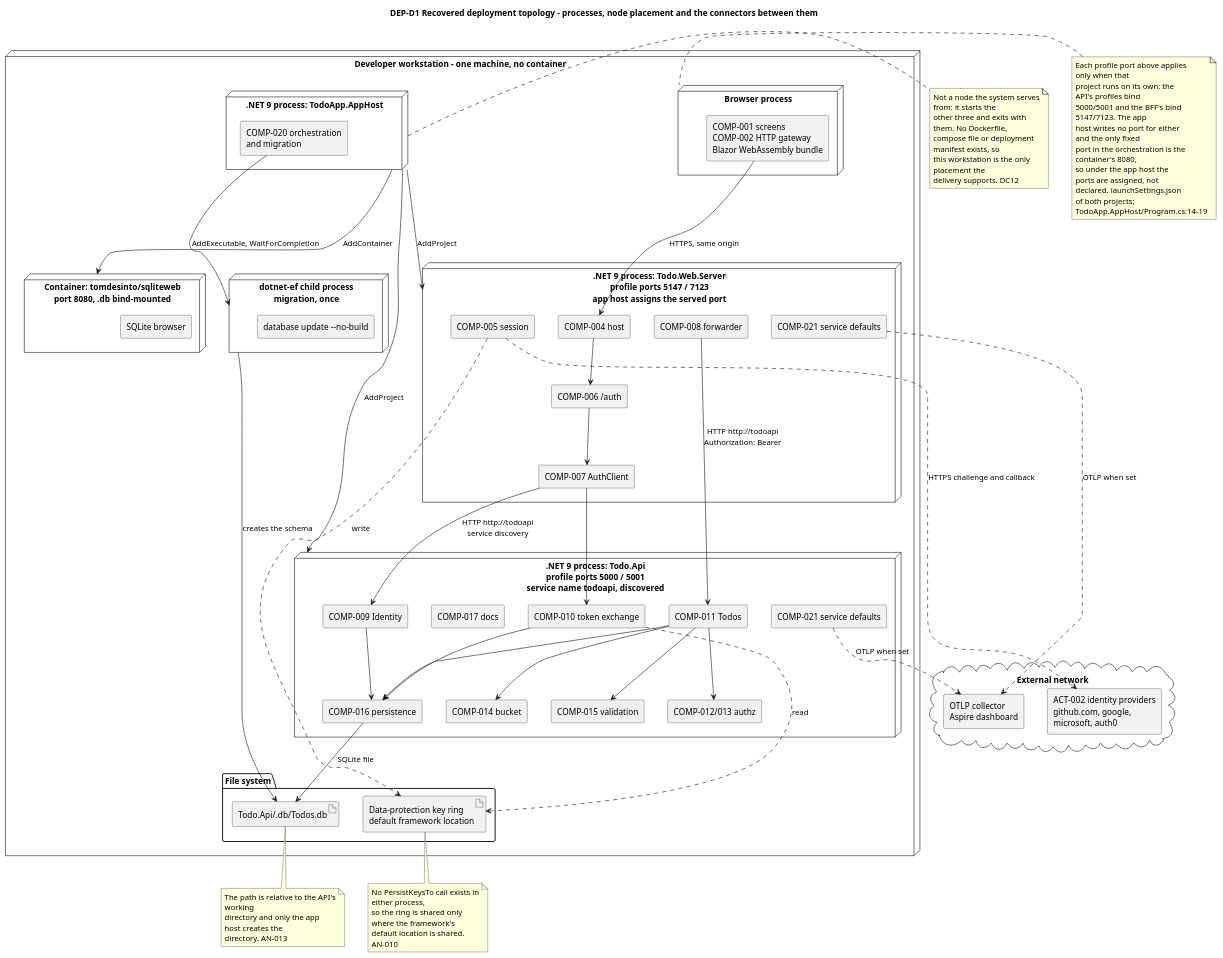
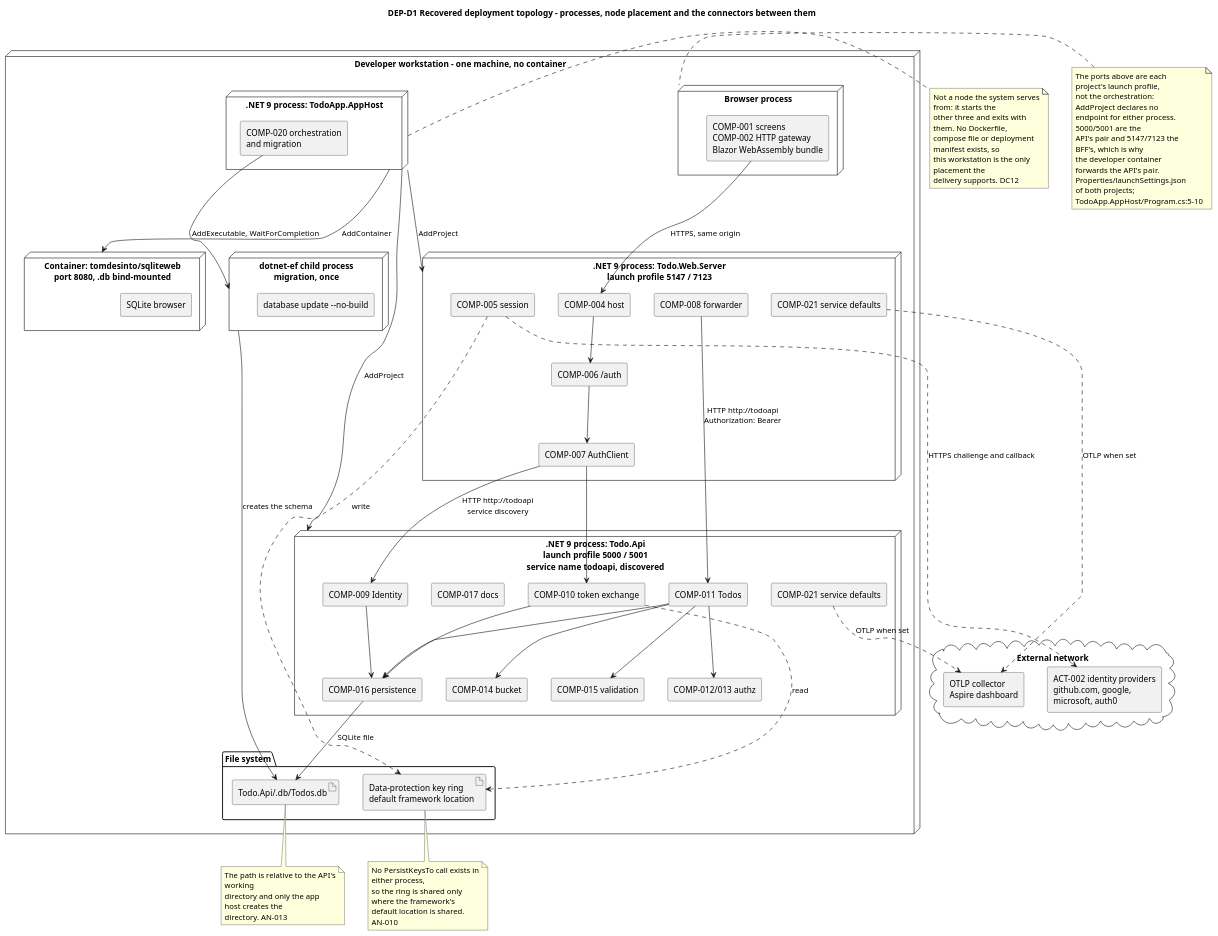
The ninth of 11 diagrams in docs/artifacts/analysis---design/software-architecture-document.md (banense-test/TodoApp), drawn with PlantUML before and after one commit. The commit also changed other lines of this file, not shown here.

Commit message:
Software Architect [Excavation1]: upsert Software Architecture Document
[skip ci]

```diff
--- a/docs/artifacts/analysis---design/software-architecture-document.md
+++ b/docs/artifacts/analysis---design/software-architecture-document.md
@@ -869,7 +869,7 @@
   node "Browser process" as BROWSER {
     component "COMP-001 screens\nCOMP-002 HTTP gateway\nBlazor WebAssembly bundle" as WASM
   }
-  node ".NET 9 process: Todo.Web.Server\nprofile ports 5147 / 7123\napp host assigns the served port" as BFF {
+  node ".NET 9 process: Todo.Web.Server\nlaunch profile 5147 / 7123" as BFF {
     component "COMP-004 host" as B4
     component "COMP-005 session" as B5
     component "COMP-006 /auth" as B6
@@ -877,7 +877,7 @@
     component "COMP-008 forwarder" as B8
     component "COMP-021 service defaults" as B21
   }
-  node ".NET 9 process: Todo.Api\nprofile ports 5000 / 5001\nservice name todoapi, discovered" as API {
+  node ".NET 9 process: Todo.Api\nlaunch profile 5000 / 5001\nservice name todoapi, discovered" as API {
     component "COMP-009 Identity" as A9
     component "COMP-010 token exchange" as A10
     component "COMP-011 Todos" as A11
@@ -952,14 +952,13 @@
 end note
 
 note left of BROWSER
-  Each profile port above applies only when that
-  project runs on its own: the API's profiles bind
-  5000/5001 and the BFF's bind 5147/7123. The app
-  host writes no port for either and the only fixed
-  port in the orchestration is the container's 8080,
-  so under the app host the ports are assigned, not
-  declared. launchSettings.json of both projects;
-  TodoApp.AppHost/Program.cs:14-19
+  The ports above are each project's launch profile,
+  not the orchestration: AddProject declares no
+  endpoint for either process. 5000/5001 are the
+  API's pair and 5147/7123 the BFF's, which is why
+  the developer container forwards the API's pair.
+  Properties/launchSettings.json of both projects;
+  TodoApp.AppHost/Program.cs:5-10
 end note
 
 @enduml
```
